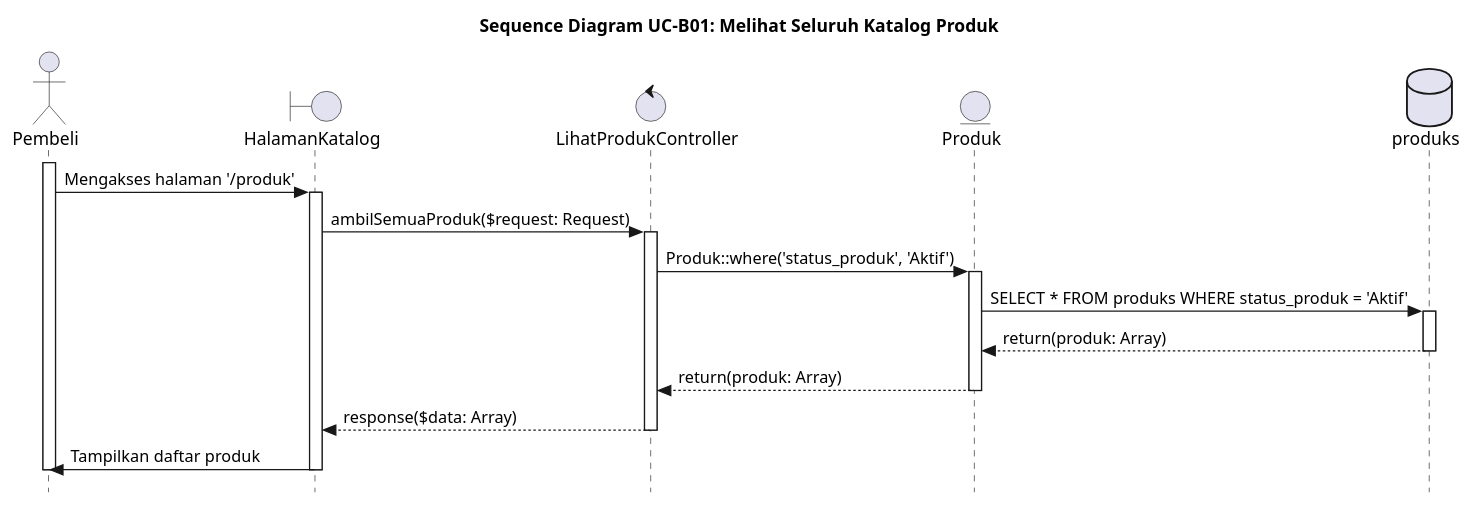
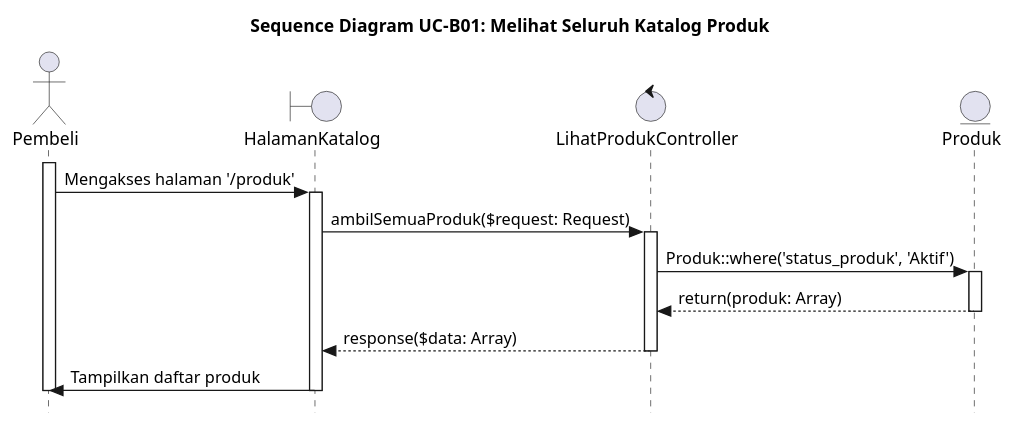
The diagram in UC-B01.PUML (alfiahnurfa/RSI-PROYEK-AKHIR-SEQUENCE), drawn with PlantUML before and after one commit. The commit also changed 29 other files, not shown here.

Commit message:
hapus aktor database dari semua sequence

```diff
--- a/UC-B01.PUML
+++ b/UC-B01.PUML
@@ -1,35 +1,29 @@
 @startuml SD-UC-B01_MelihatKatalog
 title Sequence Diagram UC-B01: Melihat Seluruh Katalog Produk
 skinparam style strictuml
 
 actor Pembeli
 boundary HalamanKatalog
 control LihatProdukController
 entity Produk
-database produks
 
 activate Pembeli
 Pembeli -> HalamanKatalog : Mengakses halaman '/produk'
 activate HalamanKatalog
 
 HalamanKatalog -> LihatProdukController : ambilSemuaProduk($request: Request)
 activate LihatProdukController
 
 LihatProdukController -> Produk : Produk::where('status_produk', 'Aktif')
 activate Produk
 
-Produk -> produks : SELECT * FROM produks WHERE status_produk = 'Aktif'
-activate produks
-produks --> Produk : return(produk: Array)
-deactivate produks
-
 Produk --> LihatProdukController : return(produk: Array)
 deactivate Produk
 
 LihatProdukController --> HalamanKatalog : response($data: Array)
 deactivate LihatProdukController
     
 HalamanKatalog -> Pembeli : Tampilkan daftar produk
 deactivate HalamanKatalog
 deactivate Pembeli
 @enduml
```
